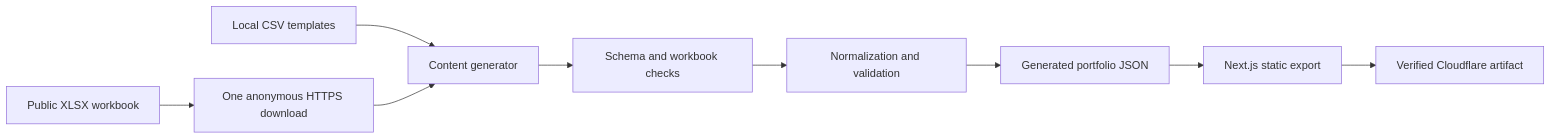
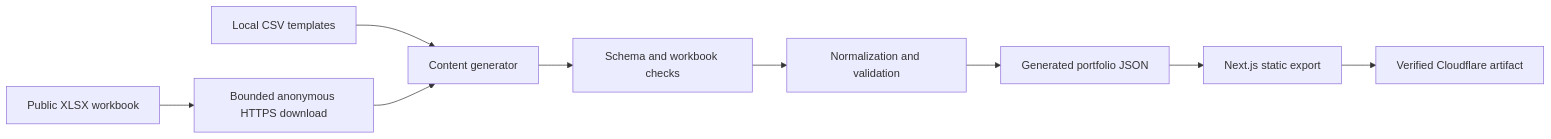
The diagram in docs/CONTENT_PIPELINE.md (nicolasgioanni/Smart-Porfolio), drawn with Mermaid before and after one commit. The commit also changed other lines of this file and 8 other files, not shown here.

First line of the commit message:
fix(content): bound transient workbook download retries

````diff
--- a/docs/CONTENT_PIPELINE.md
+++ b/docs/CONTENT_PIPELINE.md
@@ -9,11 +9,11 @@
 ```mermaid
 flowchart LR
   A[Local CSV templates] --> D[Content generator]
-  B[Public XLSX workbook] --> C[One anonymous HTTPS download]
+  B[Public XLSX workbook] --> C[Bounded anonymous HTTPS download]
   C --> D
   D --> E[Schema and workbook checks]
   E --> F[Normalization and validation]
   F --> G[Generated portfolio JSON]
   G --> H[Next.js static export]
   H --> I[Verified Cloudflare artifact]
 ```
````
